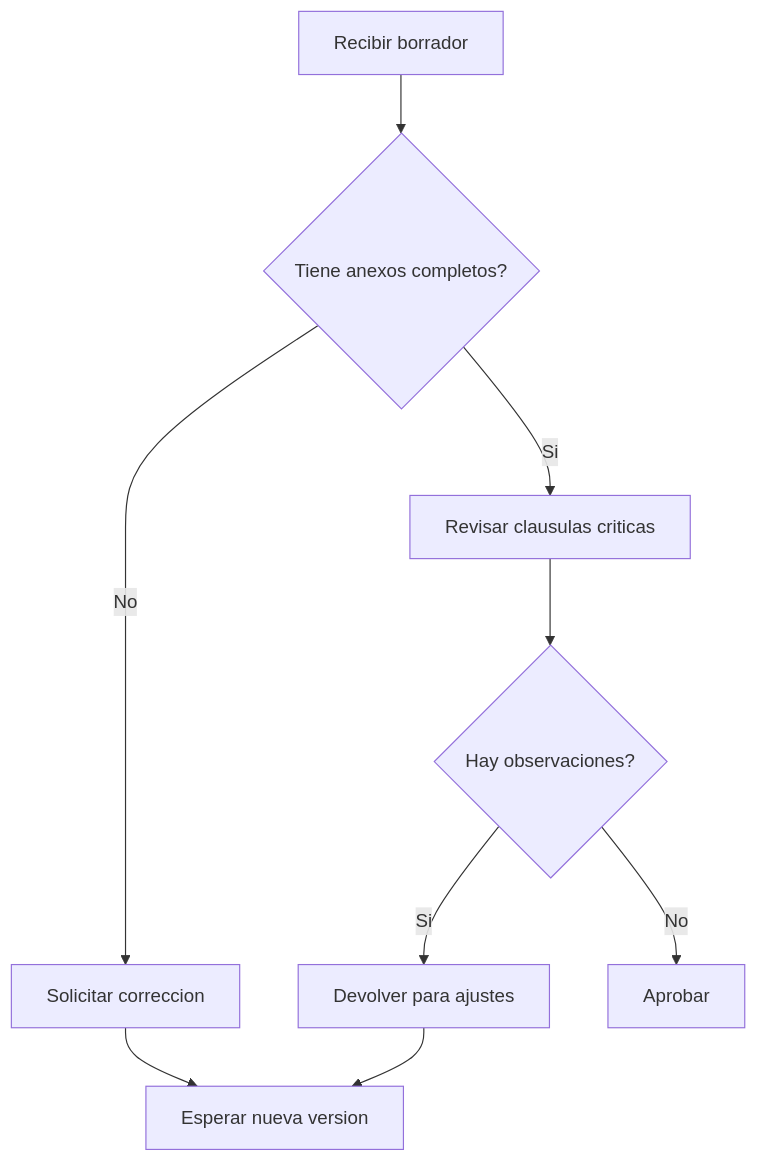
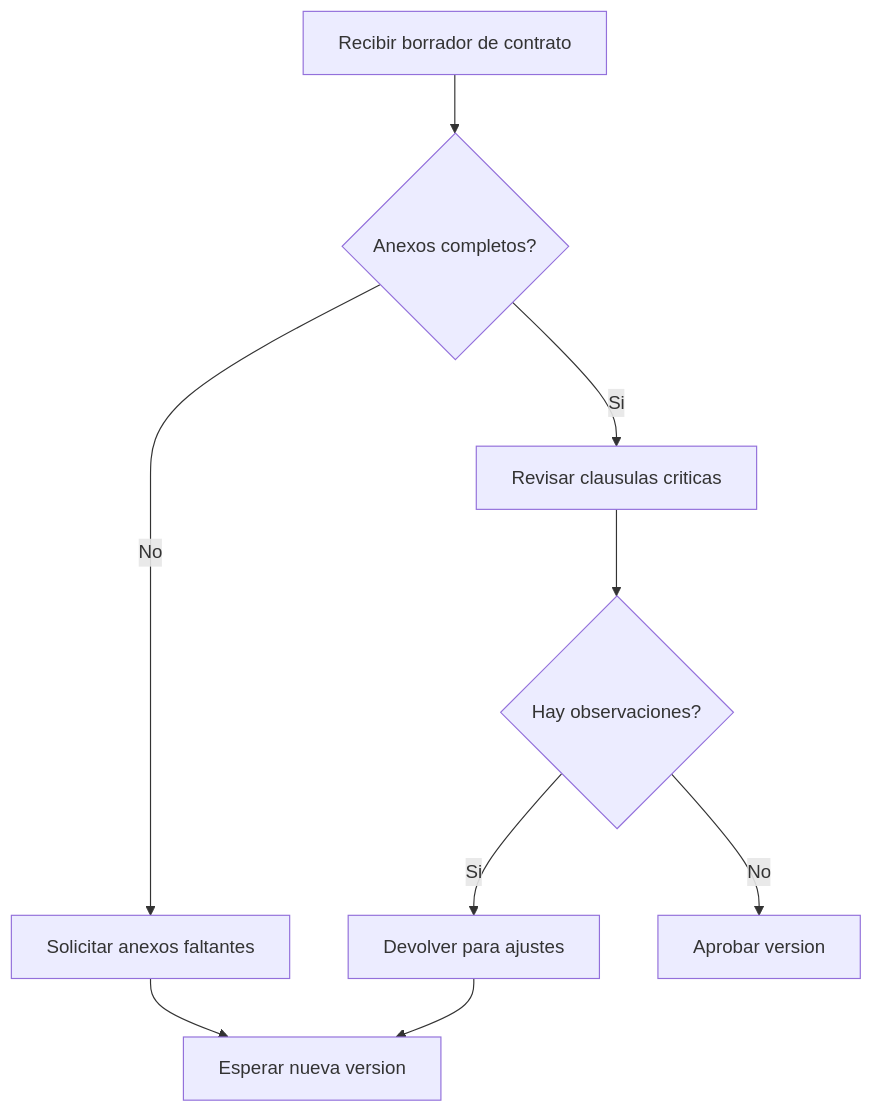
Before and after one commit to Dante-Guerrero/manual-legaltech: the second of 2 diagrams in parte-2-modulo-2/05-capitulo.qmd, drawn with Mermaid. The commit also changed other lines of this file and 8 other files, not shown here.

````diff
--- a/parte-2-modulo-2/05-capitulo.qmd
+++ b/parte-2-modulo-2/05-capitulo.qmd
@@ -133,11 +99,11 @@
 ```mermaid
 flowchart TD
-  A[Recibir borrador] --> B{Tiene anexos completos?}
+  A[Recibir borrador de contrato] --> B{Anexos completos?}
   B -- Si --> C[Revisar clausulas criticas]
-  B -- No --> D[Solicitar correccion]
+  B -- No --> D[Solicitar anexos faltantes]
   C --> E{Hay observaciones?}
   E -- Si --> F[Devolver para ajustes]
-  E -- No --> G[Aprobar]
+  E -- No --> G[Aprobar version]
   D --> H[Esperar nueva version]
   F --> H
 ```
````
